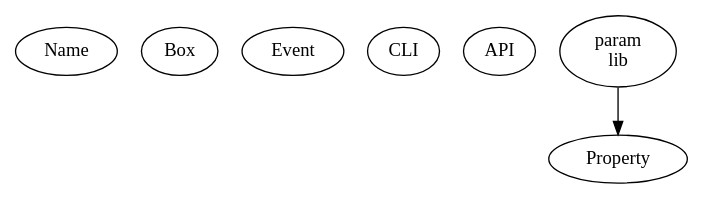
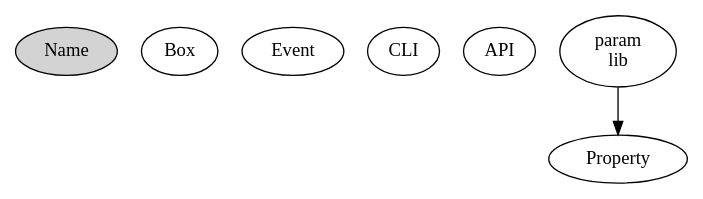
Before and after one commit to hipe/tmx: the diagram in lib/skylab/cull/doc/issues/003-list-of-things-we-want-to-cull.dot, drawn with Graphviz. The commit also changed 9 other files, not shown here.

```diff
--- a/lib/skylab/cull/doc/issues/003-list-of-things-we-want-to-cull.dot
+++ b/lib/skylab/cull/doc/issues/003-list-of-things-we-want-to-cull.dot
@@ -1,26 +1,28 @@
 digraph g {
 
 /*
 
 list of things we want to cull :[#003]
 
   + there are at leaast 3 ways to do API
   + there are at least 3 box libs
   + there are numerous CLI libs
   + there are numerous event base classes
   + there are two name libs
   + there are numerous param base classes
   + there are quite numerous param libs
 
 */
 
-  Name
+  Name [style=filled]
   Box
   Event
   CLI
   API
   Property
   Param [ label="param\nlib" ]
   Param -> Property
 
+  /* that one color of blue: fillcolor="#b5d5fb" */
+
 }
```
